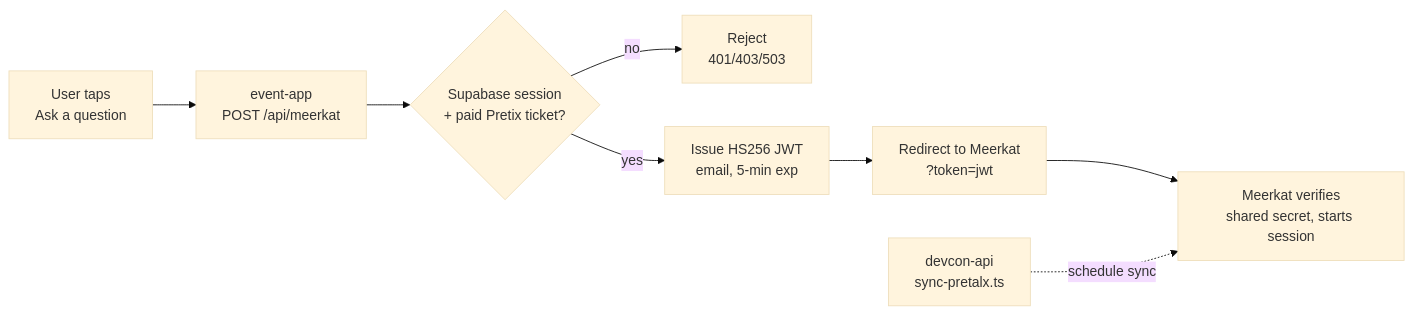
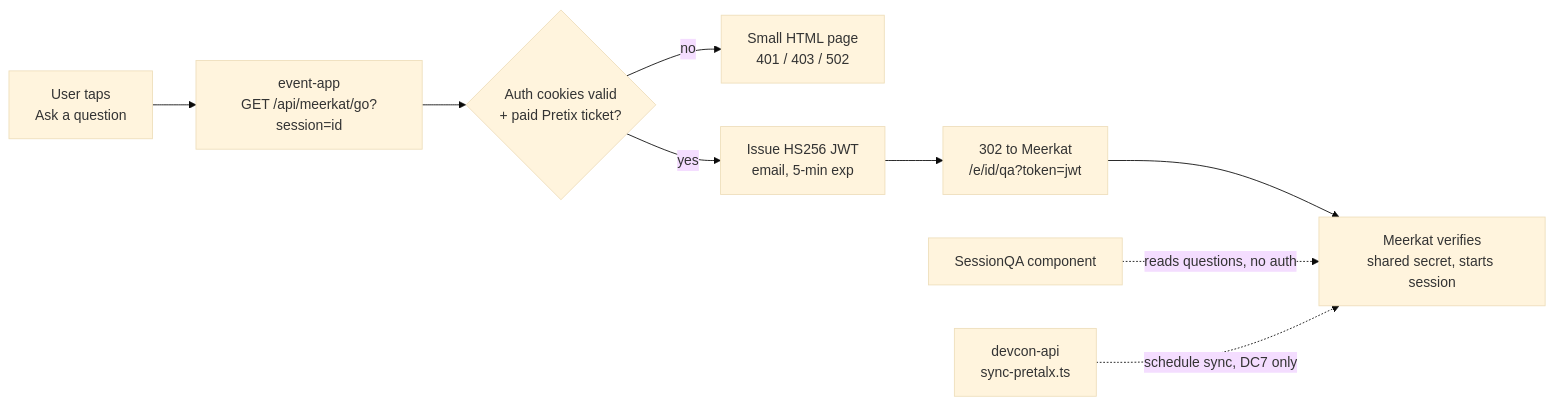
One commit to efdevcon/monorepo changed the diagram in docs/meerkat.md. Above: the diagram before and after it, drawn with Mermaid (base theme). The commit also changed other lines of this file and 3 other files, not shown here.

First line of the commit message:
Enhance Meerkat integration and session Q&A functionality

````diff
--- a/docs/meerkat.md
+++ b/docs/meerkat.md
@@ -16,10 +14,11 @@
 ```mermaid
 flowchart LR
-    U[User taps<br/>Ask a question] --> API[event-app<br/>POST /api/meerkat]
-    API --> C{Supabase session<br/>+ paid Pretix ticket?}
-    C -->|no| X[Reject<br/>401/403/503]
+    U[User taps<br/>Ask a question] --> GO[event-app<br/>GET /api/meerkat/go?session=id]
+    GO --> C{Auth cookies valid<br/>+ paid Pretix ticket?}
+    C -->|no| X[Small HTML page<br/>401 / 403 / 502]
     C -->|yes| J[Issue HS256 JWT<br/>email, 5-min exp]
-    J --> R[Redirect to Meerkat<br/>?token=jwt]
+    J --> R[302 to Meerkat<br/>/e/id/qa?token=jwt]
     R --> M[Meerkat verifies<br/>shared secret, starts session]
-    SYNC[devcon-api<br/>sync-pretalx.ts] -.schedule sync.-> M
+    Q[SessionQA component] -.reads questions, no auth.-> M
+    SYNC[devcon-api<br/>sync-pretalx.ts] -.schedule sync, DC7 only.-> M
 ```
````
